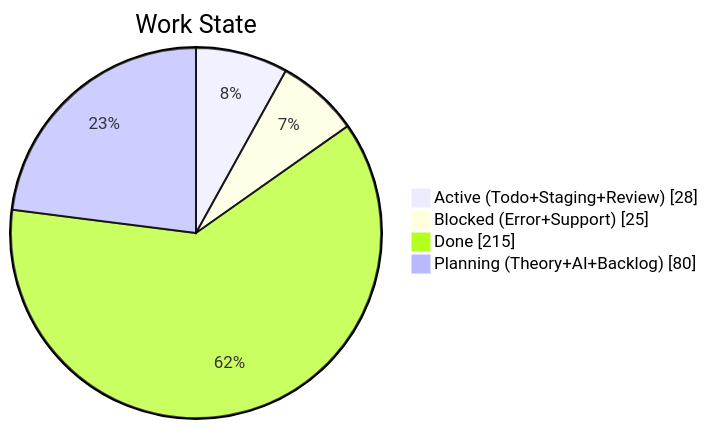
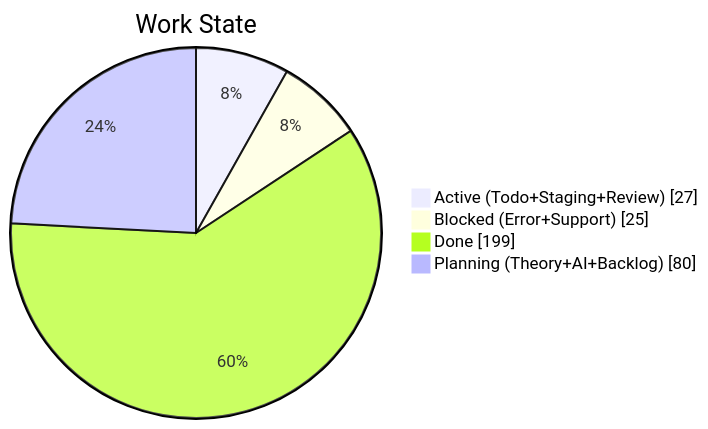
One commit to KBVE/kbve changed the second of 4 diagrams in apps/kbve/astro-kbve/src/content/docs/dashboard/kanban-data.mdx. Above: the diagram before and after it, drawn with Mermaid. The commit also changed other lines of this file and 8 other files, not shown here.

````diff
--- a/apps/kbve/astro-kbve/src/content/docs/dashboard/kanban-data.mdx
+++ b/apps/kbve/astro-kbve/src/content/docs/dashboard/kanban-data.mdx
@@ -68,8 +68,8 @@
 ```mermaid
 pie showData
     title Work State
-    "Active (Todo+Staging+Review)" : 28
+    "Active (Todo+Staging+Review)" : 27
     "Blocked (Error+Support)" : 25
-    "Done" : 215
+    "Done" : 199
     "Planning (Theory+AI+Backlog)" : 80
 ```
````
